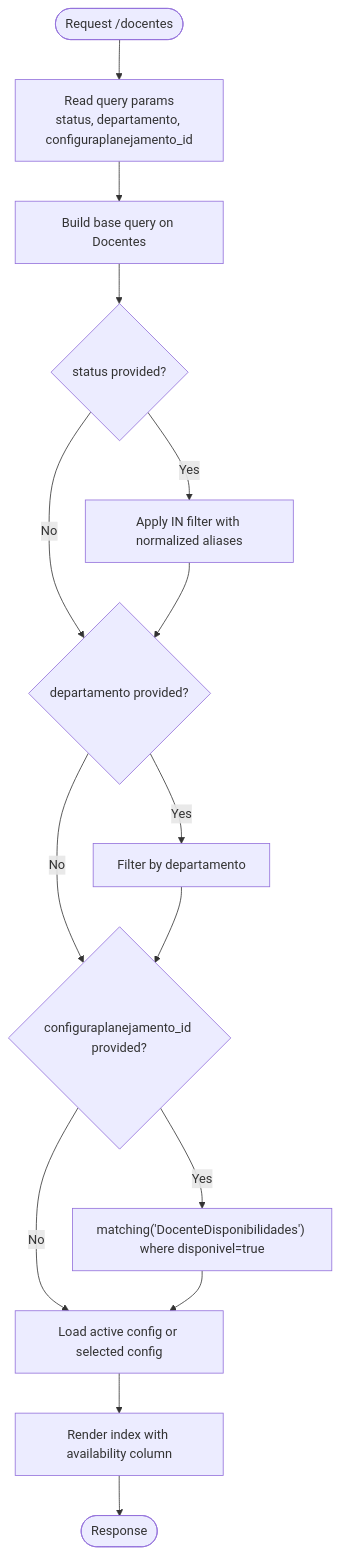
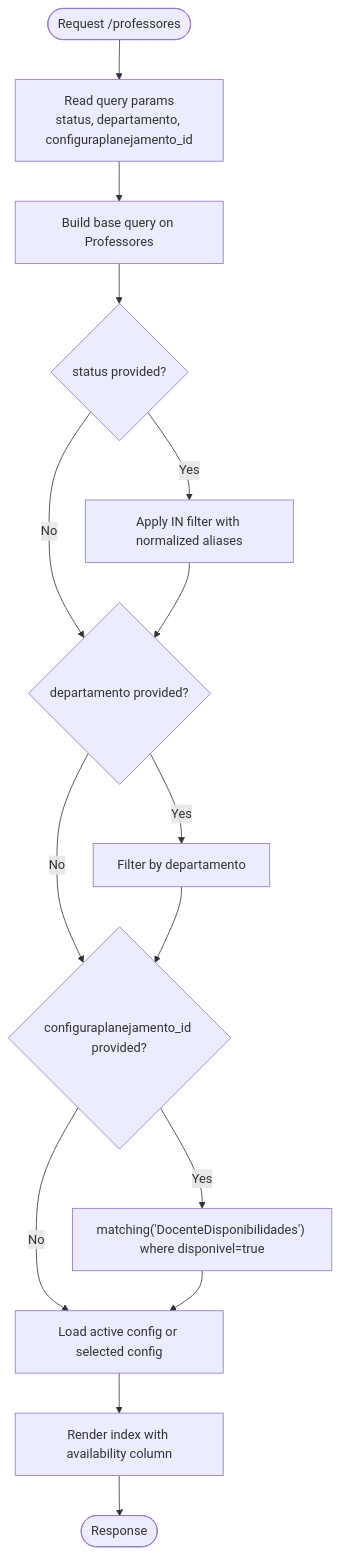
One commit to luiseduacosta/planejamento5 changed the fifth of 6 diagrams in .qoder/repowiki/en/content/Core Features/Faculty Management/Faculty Management.md. Above: the diagram before and after it, drawn with Mermaid. The commit also changed other lines of this file and 37 other files, not shown here.

Commit message:
repowiki: rename Docentes → Professores in metadata

````diff
--- a/.qoder/repowiki/en/content/Core Features/Faculty Management/Faculty Management.md
+++ b/.qoder/repowiki/en/content/Core Features/Faculty Management/Faculty Management.md
@@ -348,17 +348,17 @@
 ```mermaid
 flowchart TD
-Start(["Request /docentes"]) --> ReadParams["Read query params<br/>status, departamento, configuraplanejamento_id"]
-ReadParams --> BuildQuery["Build base query on Docentes"]
+Start(["Request /professores"]) --> ReadParams["Read query params<br/>status, departamento, configuraplanejamento_id"]
+ReadParams --> BuildQuery["Build base query on Professores"]
 BuildQuery --> CheckStatus{"status provided?"}
 CheckStatus --> |Yes| ApplyStatus["Apply IN filter with normalized aliases"]
 CheckStatus --> |No| CheckDept
 ApplyStatus --> CheckDept{"departamento provided?"}
 CheckDept --> |Yes| ApplyDept["Filter by departamento"]
 CheckDept --> |No| CheckAvail
 ApplyDept --> CheckAvail{"configuraplanejamento_id provided?"}
 CheckAvail --> |Yes| MatchAvail["matching('DocenteDisponibilidades') where disponivel=true"]
 CheckAvail --> |No| LoadConfigs
 MatchAvail --> LoadConfigs["Load active config or selected config"]
 LoadConfigs --> Render["Render index with availability column"]
 Render --> End(["Response"])
 ```
````
